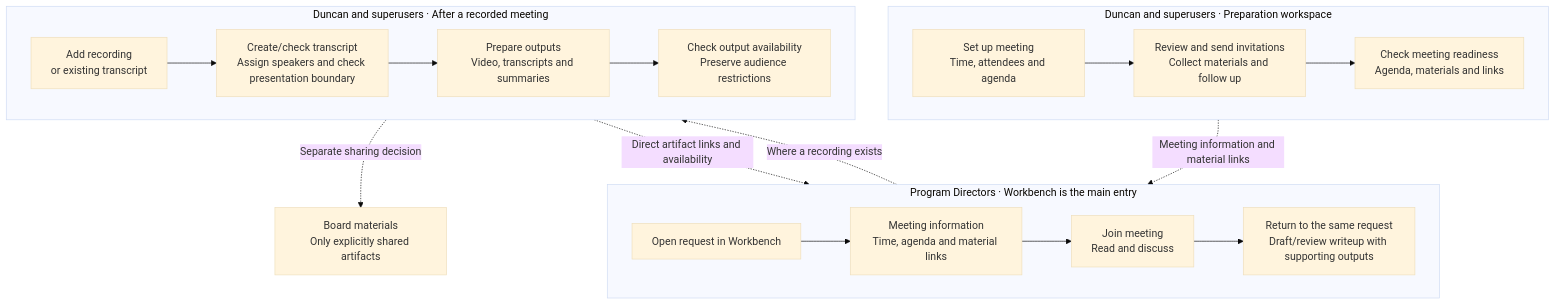
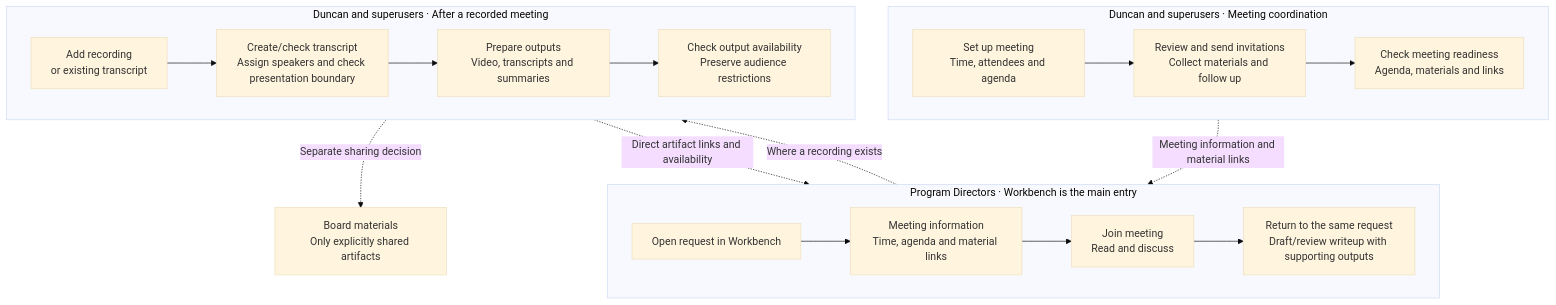
One commit to justingallivan/wmkf-research-apps changed the diagram in docs/plans/review/meeting-tracker-2026-10-20/workbench-audience-flow.md. Above: the diagram before and after it, drawn with Mermaid (base theme). The commit also changed other lines of this file and 2 other files, not shown here.

````diff
--- a/docs/plans/review/meeting-tracker-2026-10-20/workbench-audience-flow.md
+++ b/docs/plans/review/meeting-tracker-2026-10-20/workbench-audience-flow.md
@@ -17,33 +17,33 @@
 ```mermaid
 flowchart TB
     subgraph PD["Program Directors · Workbench is the main entry"]
         direction LR
         W1["Open request in Workbench"]
         W2["Meeting information<br/>Time, agenda and material links"]
         W3["Join meeting<br/>Read and discuss"]
         W4["Return to the same request<br/>Draft/review writeup with supporting outputs"]
         W1 --> W2 --> W3 --> W4
     end
 
-    subgraph PREP["Duncan and superusers · Preparation workspace"]
+    subgraph PREP["Duncan and superusers · Meeting coordination"]
         direction LR
         D1["Set up meeting<br/>Time, attendees and agenda"]
         D2["Review and send invitations<br/>Collect materials and follow up"]
         D3["Check meeting readiness<br/>Agenda, materials and links"]
         D1 --> D2 --> D3
     end
 
     subgraph OUTPUTS["Duncan and superusers · After a recorded meeting"]
         direction LR
         R1["Add recording<br/>or existing transcript"]
         R2["Create/check transcript<br/>Assign speakers and check presentation boundary"]
         R3["Prepare outputs<br/>Video, transcripts and summaries"]
         R4["Check output availability<br/>Preserve audience restrictions"]
         R1 --> R2 --> R3 --> R4
     end
 
     D3 -. "Meeting information and material links" .-> W2
     W3 -. "Where a recording exists" .-> R1
     R4 -. "Direct artifact links and availability" .-> W4
     R4 -. "Separate sharing decision" .-> B["Board materials<br/>Only explicitly shared artifacts"]
 ```
````
